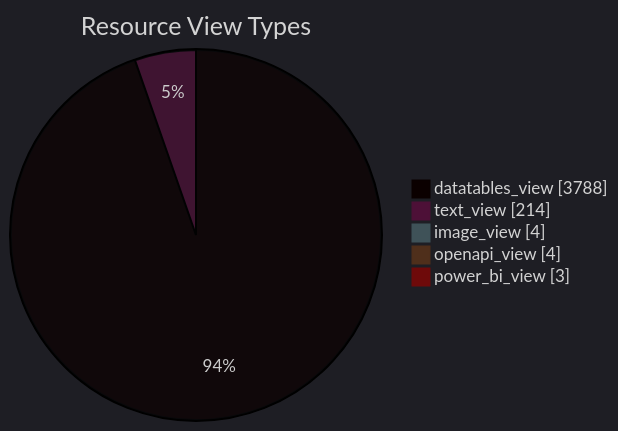
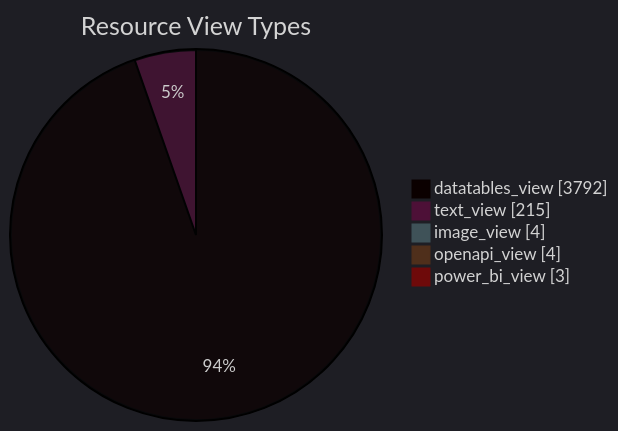
One commit to open-data/analytics-corporate-reporting changed the diagram in datastore_tracker/resource_view_types_pie_chart.md. Above: the diagram before and after it, drawn with Mermaid. The commit also changed 10 other files, not shown here.

````diff
--- a/datastore_tracker/resource_view_types_pie_chart.md
+++ b/datastore_tracker/resource_view_types_pie_chart.md
@@ -2,12 +2,12 @@
 ```mermaid
 ---
 config:
   theme: dark
 ---
 pie showData title Resource View Types
-    "datatables_view": 3788
-    "text_view": 214
+    "datatables_view": 3792
+    "text_view": 215
     "image_view": 4
     "openapi_view": 4
     "power_bi_view": 3
 ```
````
